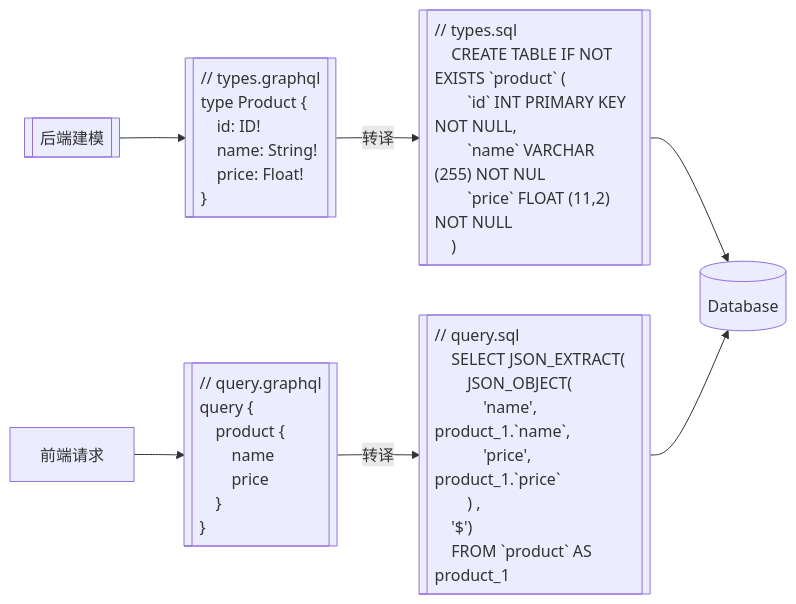
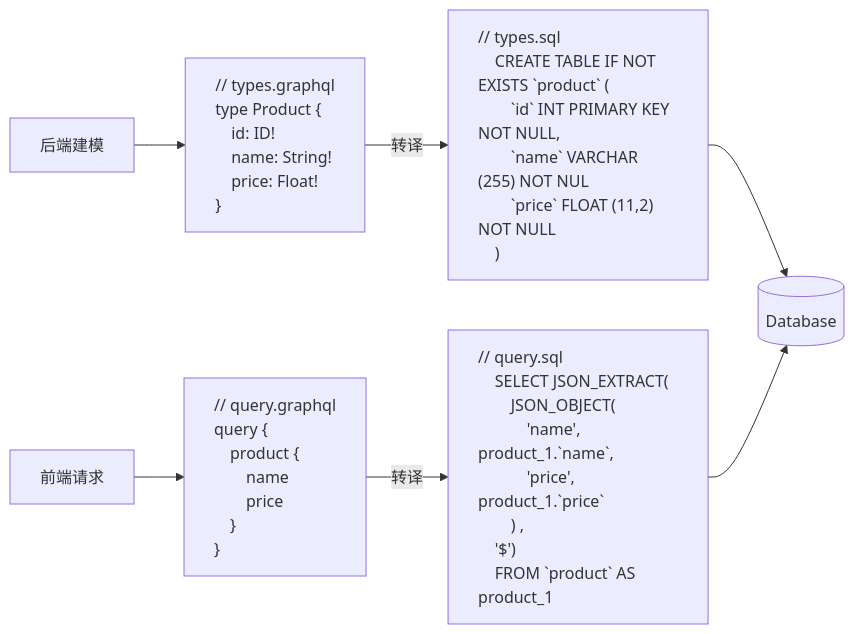
One commit to doukai/gp-doc.github.io changed the third of 12 diagrams in docs/intro.md. Above: the diagram before and after it, drawn with Mermaid. The commit also changed other lines of this file, not shown here.

````diff
--- a/docs/intro.md
+++ b/docs/intro.md
@@ -109,32 +109,32 @@
 ```mermaid
 flowchart LR
-    uml[[后端建模]] --> schema[["// types.graphql
+    uml[后端建模] --> schema["// types.graphql
     type Product {
     &emsp;id: ID!
     &emsp;name: String!
     &emsp;price: Float!
-    }"]] -- 转译 --> ddl[["// types.sql
+    }"] -- 转译 --> ddl["// types.sql
     CREATE TABLE IF NOT EXISTS `product` (
     &emsp;`id` INT PRIMARY KEY NOT NULL,
     &emsp;`name` VARCHAR (255) NOT NUL
     &emsp;`price` FLOAT (11,2) NOT NULL
-    )"]] --> db[(Database)]
-    request[前端请求] --> query[["// query.graphql
+    )"] --> db[(Database)]
+    request[前端请求] --> query["// query.graphql
     query {
     &emsp;product {
     &emsp;&emsp;name
     &emsp;&emsp;price
     &emsp;}
-    }"]] -- 转译 --> dml[["// query.sql
+    }"] -- 转译 --> dml["// query.sql
     SELECT JSON_EXTRACT(
     &emsp;JSON_OBJECT(
     &emsp;&emsp;'name', product_1.`name`,
     &emsp;&emsp;'price', product_1.`price`
     &emsp;) ,
     '$')
-    FROM `product` AS product_1"]] --> db
+    FROM `product` AS product_1"] --> db
     style schema text-align:left
     style ddl text-align:left
     style dml text-align:left
     style query text-align:left
 ```
````
